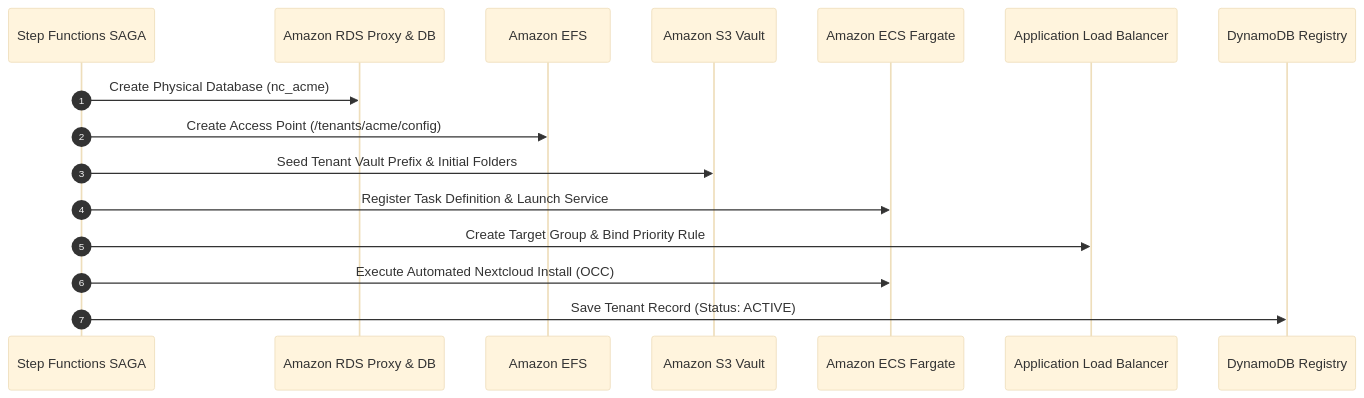
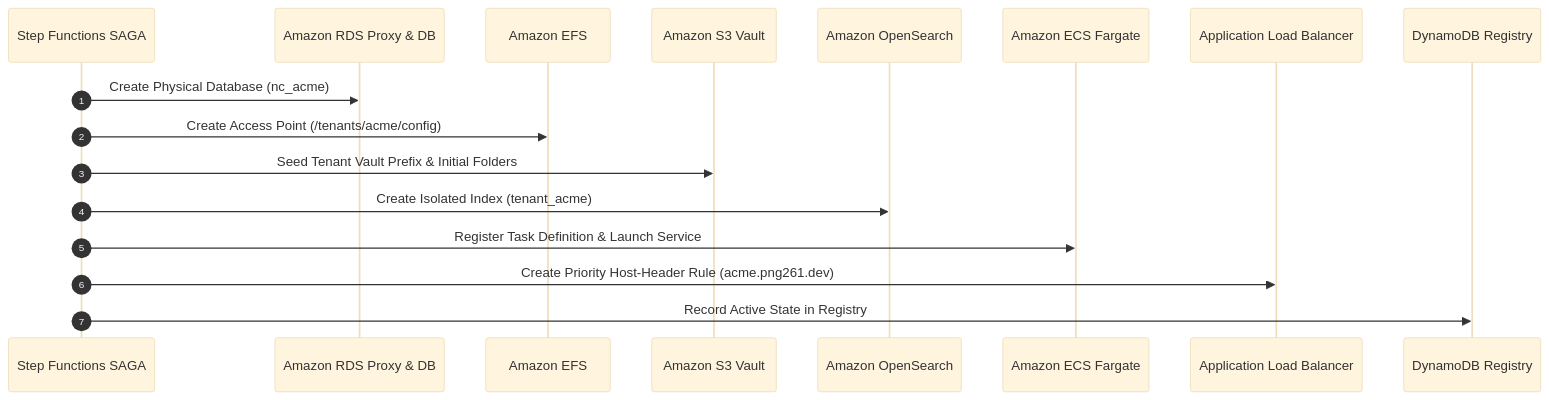
Before and after one commit to FilestoreCloud/docs: the diagram in docs/tenants/provisioning.mdx, drawn with Mermaid (base theme). The commit also changed other lines of this file and 165 other files, not shown here.

First line of the commit message:
docs: synchronize platform documentation, latest architecture diagrams, and defense QA

````diff
--- a/docs/tenants/provisioning.mdx
+++ b/docs/tenants/provisioning.mdx
@@ -46,19 +51,20 @@
 ```mermaid
 sequenceDiagram
     autonumber
     participant SFN as Step Functions SAGA
     participant RDS as Amazon RDS Proxy & DB
     participant EFS as Amazon EFS
     participant S3 as Amazon S3 Vault
+    participant OS as Amazon OpenSearch
     participant ECS as Amazon ECS Fargate
     participant ALB as Application Load Balancer
     participant DDB as DynamoDB Registry
 
     SFN->>RDS: Create Physical Database (nc_acme)
     SFN->>EFS: Create Access Point (/tenants/acme/config)
     SFN->>S3: Seed Tenant Vault Prefix & Initial Folders
+    SFN->>OS: Create Isolated Index (tenant_acme)
     SFN->>ECS: Register Task Definition & Launch Service
-    SFN->>ALB: Create Target Group & Bind Priority Rule
-    SFN->>ECS: Execute Automated Nextcloud Install (OCC)
-    SFN->>DDB: Save Tenant Record (Status: ACTIVE)
+    SFN->>ALB: Create Priority Host-Header Rule (acme.png261.dev)
+    SFN->>DDB: Record Active State in Registry
 ```
````
